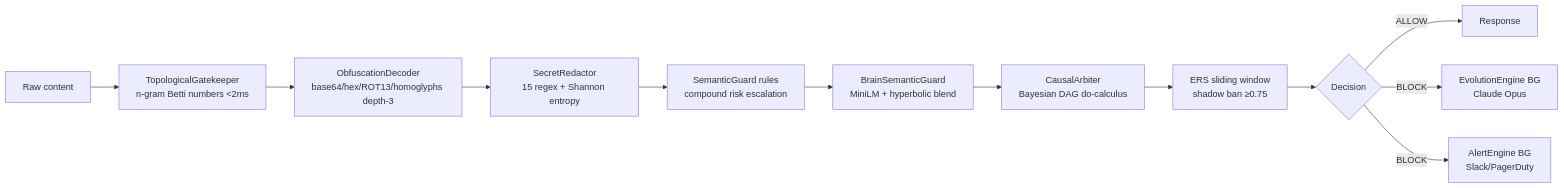
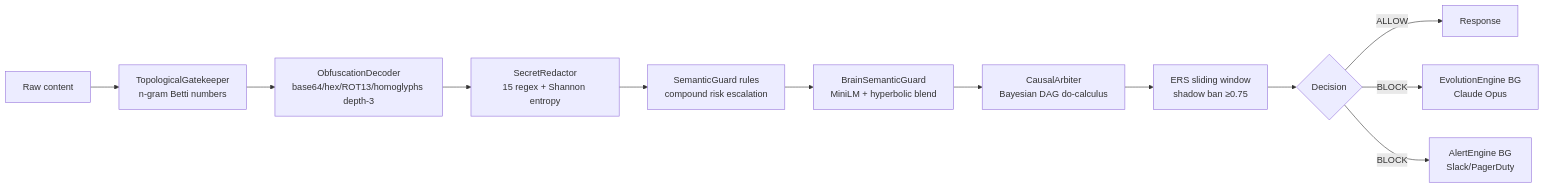
One commit to zborrman/Shadow-Warden-AI changed the second of 2 diagrams in docs/architecture/overview.md. Above: the diagram before and after it, drawn with Mermaid. The commit also changed other lines of this file and 16 other files, not shown here.

````diff
--- a/docs/architecture/overview.md
+++ b/docs/architecture/overview.md
@@ -84,14 +84,14 @@
 ```mermaid
 flowchart LR
-    A[Raw content] --> B[TopologicalGatekeeper\nn-gram Betti numbers <2ms]
+    A[Raw content] --> B[TopologicalGatekeeper\nn-gram Betti numbers]
     B --> C[ObfuscationDecoder\nbase64/hex/ROT13/homoglyphs depth-3]
     C --> D[SecretRedactor\n15 regex + Shannon entropy]
     D --> E[SemanticGuard rules\ncompound risk escalation]
     E --> F[BrainSemanticGuard\nMiniLM + hyperbolic blend]
     F --> G[CausalArbiter\nBayesian DAG do-calculus]
     G --> H[ERS sliding window\nshadow ban ≥0.75]
     H --> I{Decision}
     I -- ALLOW --> J[Response]
     I -- BLOCK --> K[EvolutionEngine BG\nClaude Opus]
     I -- BLOCK --> L[AlertEngine BG\nSlack/PagerDuty]
 ```
````
